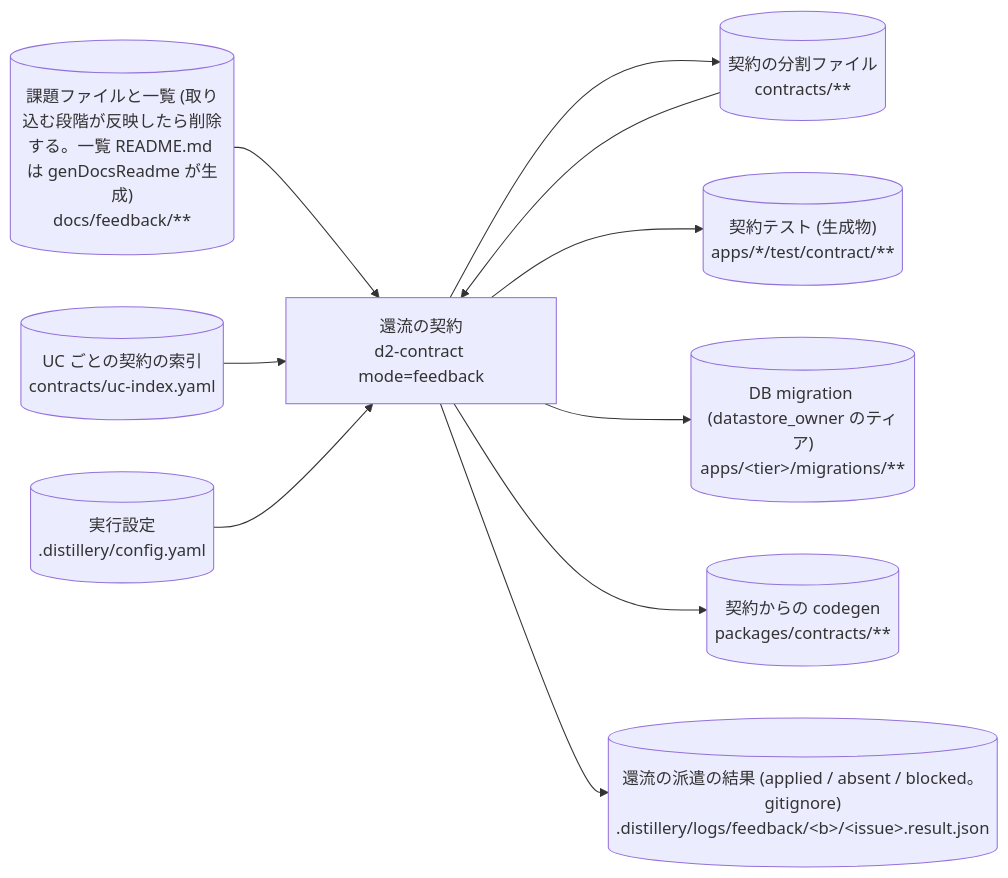
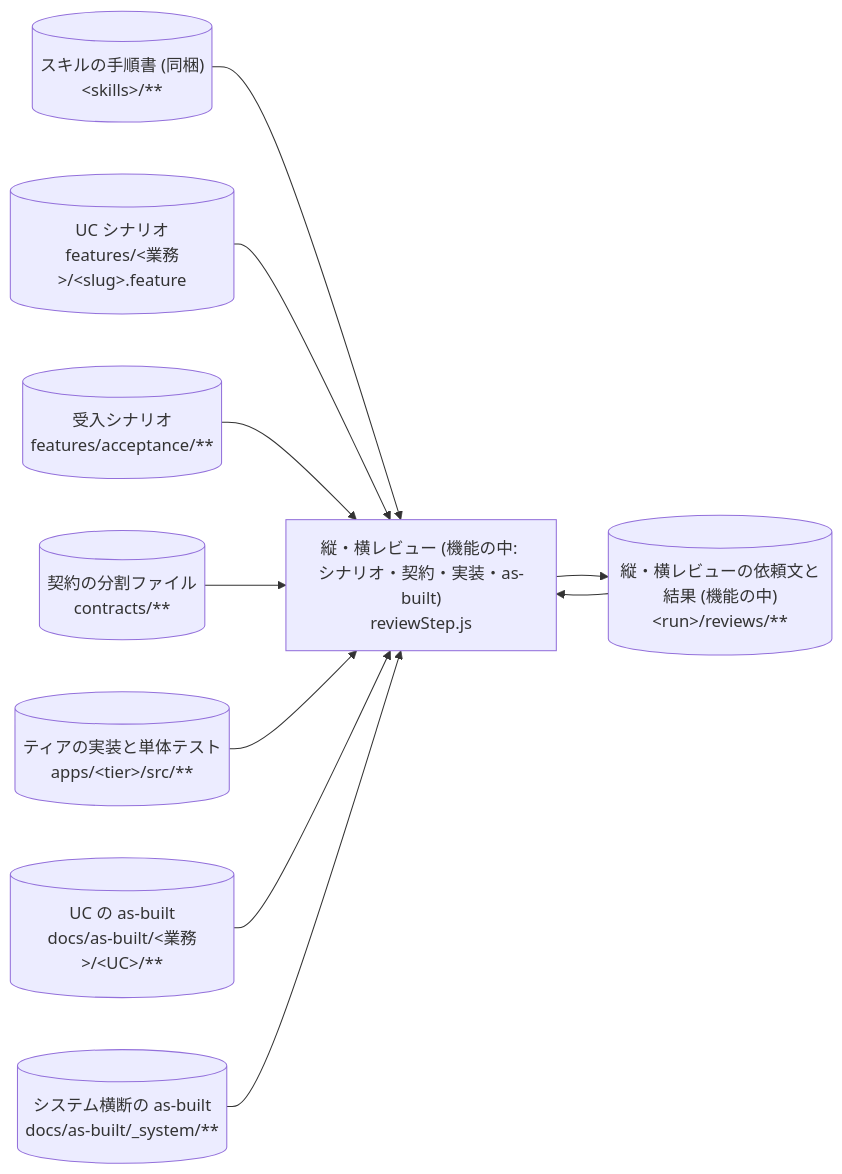
Diagram 38 of 50 in plugins/distillery2/skills/d2-common/references/dataflow.md (suwa-sh/suwa-sh-claude-plugins), drawn with Mermaid before and after one commit. The commit also changed other lines of this file and 12 other files, not shown here.

````diff
--- a/plugins/distillery2/skills/d2-common/references/dataflow.md
+++ b/plugins/distillery2/skills/d2-common/references/dataflow.md
@@ -912,21 +963,21 @@
 ```mermaid
 flowchart LR
-  p_contract_feedback["還流の契約<br/>d2-contract mode=feedback"]
-  s_feedback_docs[("課題ファイルと一覧 (取り込む段階が反映したら削除する。一覧 README.md は genDocsReadme が生成)<br/>docs/feedback/**")]
+  p_run_review_run["縦・横レビュー (機能の中: シナリオ・契約・実装・as-built)<br/>reviewStep.js"]
+  s_skill_docs[("スキルの手順書 (同梱)<br/>#lt;skills#gt;/**")]
+  s_feature[("UC シナリオ<br/>features/#lt;業務#gt;/#lt;slug#gt;.feature")]
+  s_acceptance[("受入シナリオ<br/>features/acceptance/**")]
   s_contracts_src[("契約の分割ファイル<br/>contracts/**")]
-  s_uc_index[("UC ごとの契約の索引<br/>contracts/uc-index.yaml")]
-  s_config[("実行設定<br/>.distillery/config.yaml")]
-  s_contract_tests[("契約テスト (生成物)<br/>apps/*/test/contract/**")]
-  s_migrations[("DB migration (datastore_owner のティア)<br/>apps/#lt;tier#gt;/migrations/**")]
-  s_contracts_code[("契約からの codegen<br/>packages/contracts/**")]
-  s_feedback_result[("還流の派遣の結果 (applied / absent / blocked。gitignore)<br/>.distillery/logs/feedback/#lt;b#gt;/#lt;issue#gt;.result.json")]
-  s_feedback_docs --> p_contract_feedback
-  s_contracts_src --> p_contract_feedback
-  s_uc_index --> p_contract_feedback
-  s_config --> p_contract_feedback
-  p_contract_feedback --> s_contracts_src
-  p_contract_feedback --> s_contract_tests
-  p_contract_feedback --> s_migrations
-  p_contract_feedback --> s_contracts_code
-  p_contract_feedback --> s_feedback_result
+  s_tier_src[("ティアの実装と単体テスト<br/>apps/#lt;tier#gt;/src/**")]
+  s_asbuilt_uc[("UC の as-built<br/>docs/as-built/#lt;業務#gt;/#lt;UC#gt;/**")]
+  s_asbuilt_system[("システム横断の as-built<br/>docs/as-built/_system/**")]
+  s_reviews_run[("縦・横レビューの依頼文と結果 (機能の中)<br/>#lt;run#gt;/reviews/**")]
+  s_skill_docs --> p_run_review_run
+  s_feature --> p_run_review_run
+  s_acceptance --> p_run_review_run
+  s_contracts_src --> p_run_review_run
+  s_tier_src --> p_run_review_run
+  s_asbuilt_uc --> p_run_review_run
+  s_asbuilt_system --> p_run_review_run
+  s_reviews_run --> p_run_review_run
+  p_run_review_run --> s_reviews_run
 ```
````
